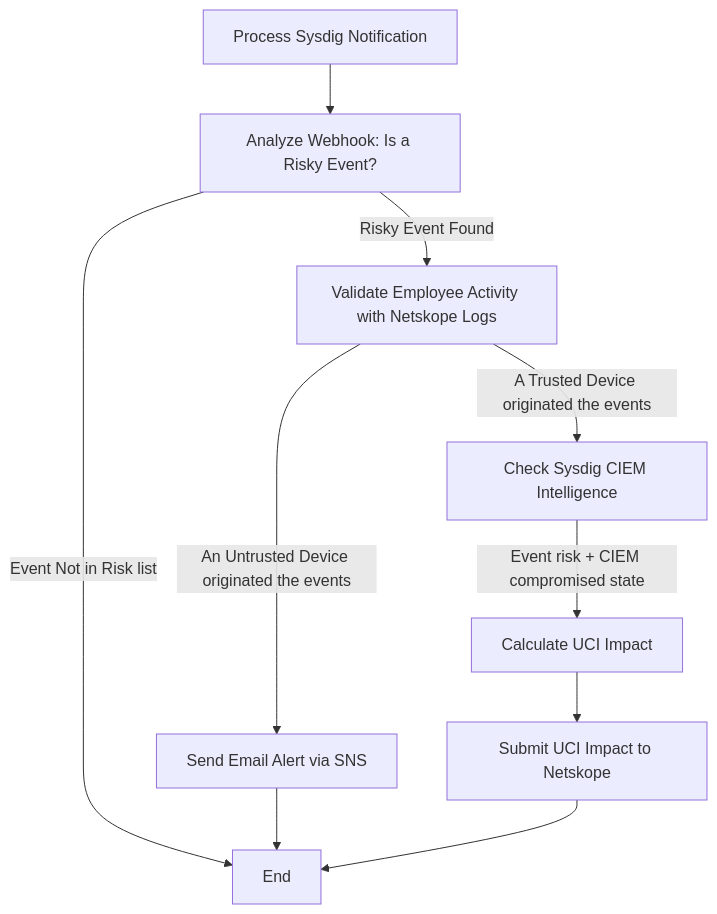
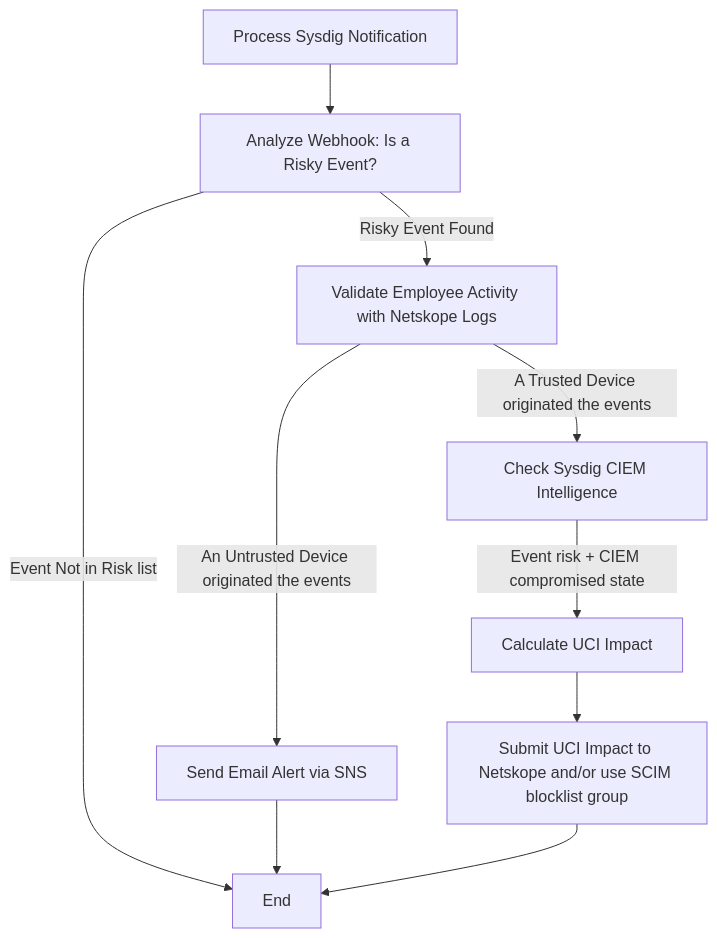
Before and after one commit to sysdiglabs/netskope-integrations: the diagram in README.md, drawn with Mermaid. The commit also changed 1 other file, not shown here.

Commit message:
Improved lambda verbosity. Docs extended

````diff
--- a/README.md
+++ b/README.md
@@ -63,16 +63,16 @@
 ```mermaid
 graph TD
     A[Process Sysdig Notification] --> B[Analyze Webhook: Is a Risky Event?]
     B -->|Risky Event Found| C[Validate Employee Activity with Netskope Logs]
     B -->|Event Not in Risk list| Q[Return No Actions Performed]
     C -->|A Trusted Device originated the events| F[Check Sysdig CIEM Intelligence]
     C -->|An Untrusted Device originated the events| E[Send Email Alert via SNS]
 
     F -->|Event risk + CIEM compromised state| G[Calculate UCI Impact]
-    G -->H[Submit UCI Impact to Netskope]
+    G -->H[Submit UCI Impact to Netskope and/or use SCIM blocklist group]
 
     E--> Q[End]
     H --> Q
 
     Q[End]
 ```
````
